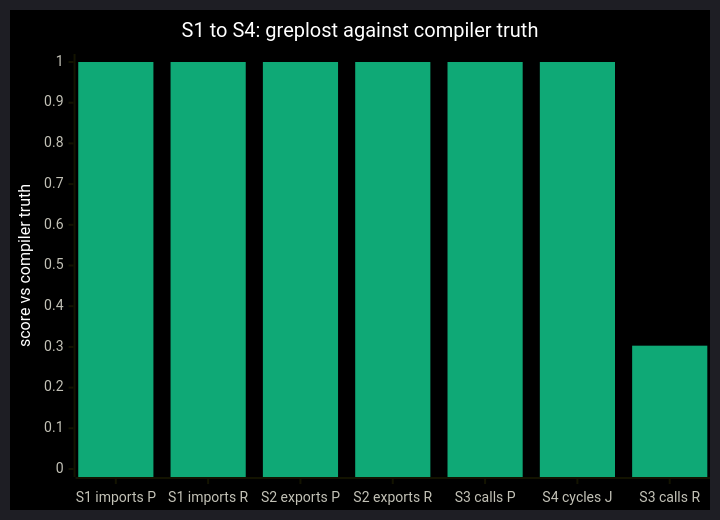
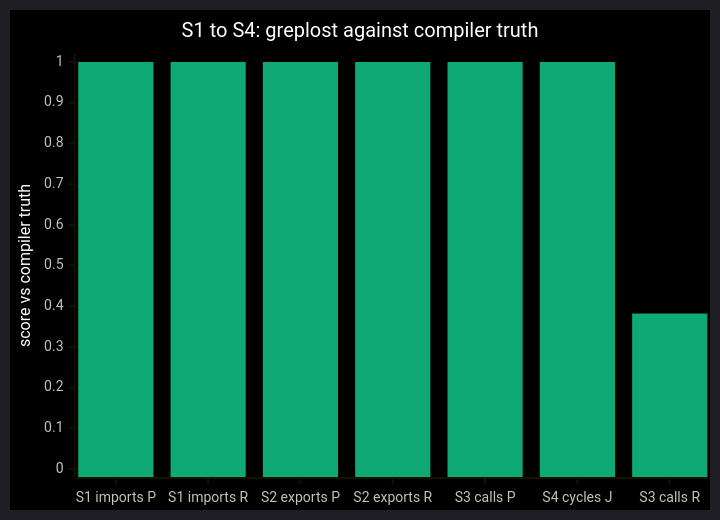
The eighth of 10 diagrams in bench/RESULTS.md (sns45/greplost), drawn with Mermaid before and after one commit. The commit also changed other lines of this file and 4 other files, not shown here.

````diff
--- a/bench/RESULTS.md
+++ b/bench/RESULTS.md
@@ -583,11 +583,11 @@
 ```mermaid
 %%{init: {"theme": "dark", "themeVariables": {"xyChart": {"backgroundColor": "#000000", "titleColor": "#ffffff", "xAxisLabelColor": "#c3c2b7", "yAxisLabelColor": "#c3c2b7", "xAxisTitleColor": "#ffffff", "yAxisTitleColor": "#ffffff", "plotColorPalette": "#0fa976,#e0561c,#2f86ef"}}}}%%
 xychart-beta
     title "S1 to S4: greplost against compiler truth"
     x-axis ["S1 imports P", "S1 imports R", "S2 exports P", "S2 exports R", "S3 calls P", "S4 cycles J", "S3 calls R"]
     y-axis "score vs compiler truth" 0 --> 1
-    bar [1, 1, 1, 1, 1, 1, 0.303]
+    bar [1, 1, 1, 1, 1, 1, 0.382]
     %% series, in order: greplost
     %% Precision, recall and cycle agreement on anyq (148 files); higher is better.
     %% greplost only: these are the single-tool gates of tech spec section 3, not a comparison. S3 is the confidence=high arm, which is the gate; the all-confidence arm is in the table. A dashed stub is a score the payload did not carry.
 ```
````
